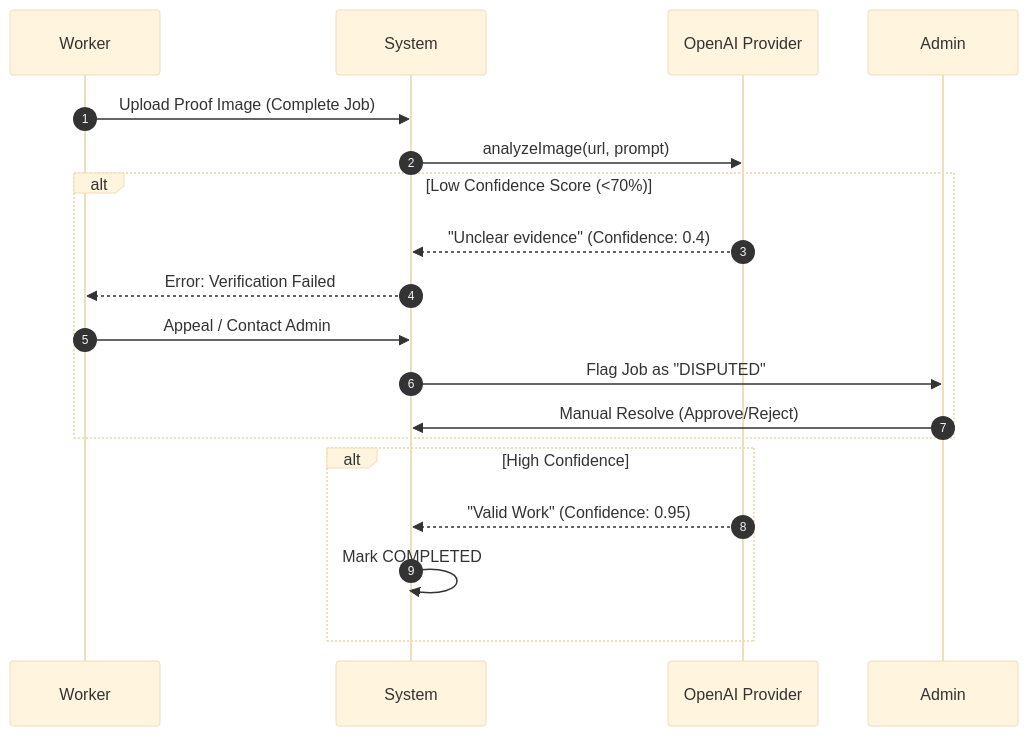
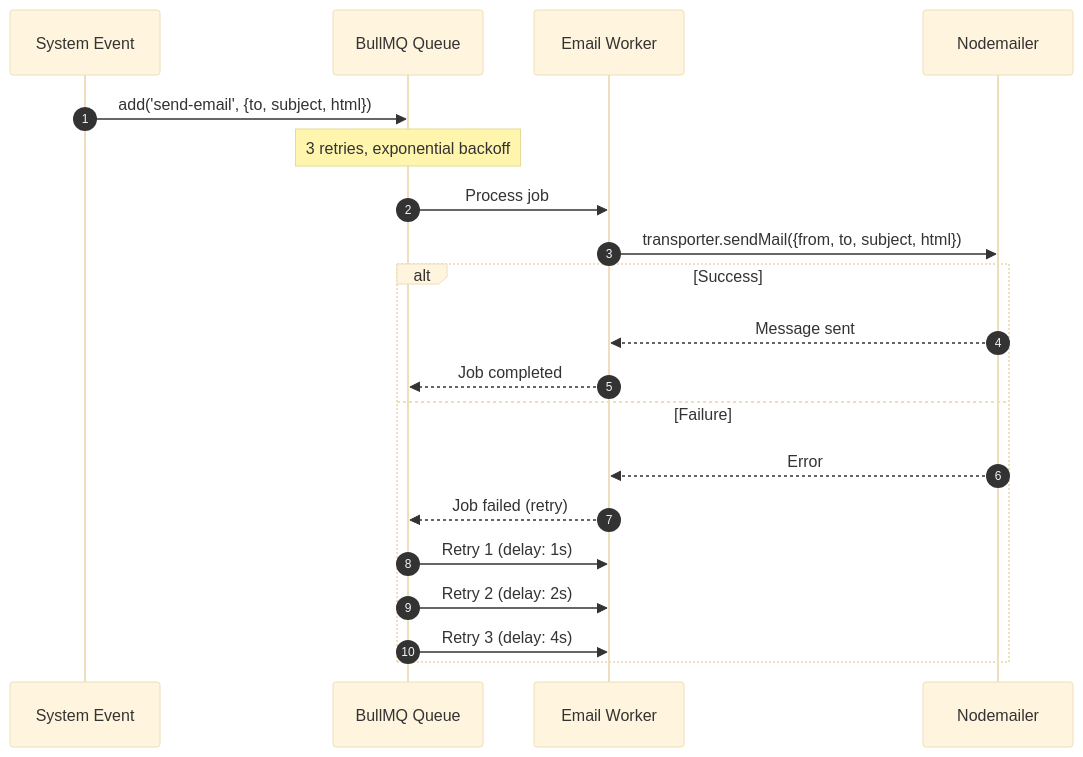
One commit to Somilg11/oddigo-v2 changed diagram 13 of 14 in docs_detailed_flows/COMBINED_APP_FLOW.md. Above: the diagram before and after it, drawn with Mermaid (base theme). The commit also changed other lines of this file and 67 other files, not shown here.

````diff
--- a/docs_detailed_flows/COMBINED_APP_FLOW.md
+++ b/docs_detailed_flows/COMBINED_APP_FLOW.md
@@ -94,24 +485,25 @@
 ```mermaid
 sequenceDiagram
     autonumber
-    participant W as Worker
-    participant S as System
-    participant AI as OpenAI Provider
-    participant A as Admin
+    participant Event as System Event
+    participant Queue as BullMQ Queue
+    participant Worker as Email Worker
+    participant SMTP as Nodemailer
 
-    W->>S: Upload Proof Image (Complete Job)
-    S->>AI: analyzeImage(url, prompt)
+    Event->>Queue: add('send-email', {to, subject, html})
+    Note over Queue: 3 retries, exponential backoff
     
-    alt Low Confidence Score (<70%)
-        AI-->>S: "Unclear evidence" (Confidence: 0.4)
-        S-->>W: Error: Verification Failed
-        W->>S: Appeal / Contact Admin
-        S->>A: Flag Job as "DISPUTED"
-        A->>S: Manual Resolve (Approve/Reject)
-    end
+    Queue->>Worker: Process job
+    Worker->>SMTP: transporter.sendMail({from, to, subject, html})
     
-    alt High Confidence
-        AI-->>S: "Valid Work" (Confidence: 0.95)
-        S->>S: Mark COMPLETED
+    alt Success
+        SMTP-->>Worker: Message sent
+        Worker-->>Queue: Job completed
+    else Failure
+        SMTP-->>Worker: Error
+        Worker-->>Queue: Job failed (retry)
+        Queue->>Worker: Retry 1 (delay: 1s)
+        Queue->>Worker: Retry 2 (delay: 2s)
+        Queue->>Worker: Retry 3 (delay: 4s)
     end
 ```
````
